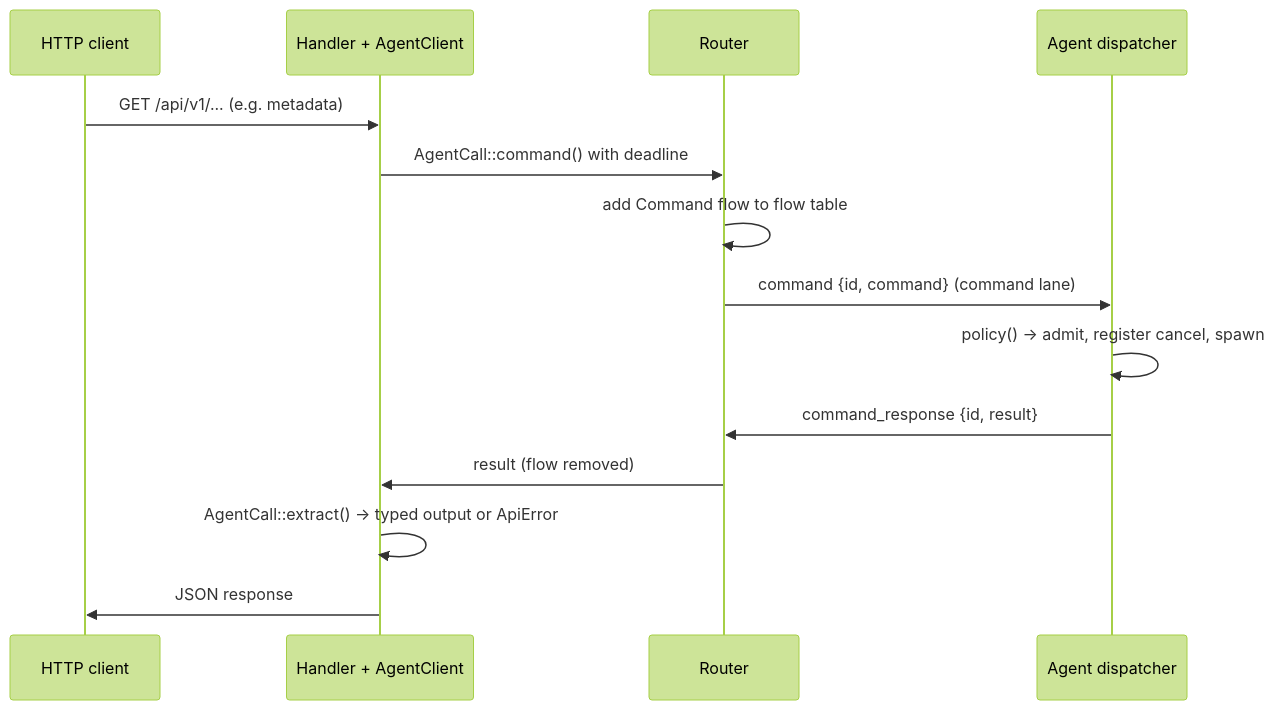
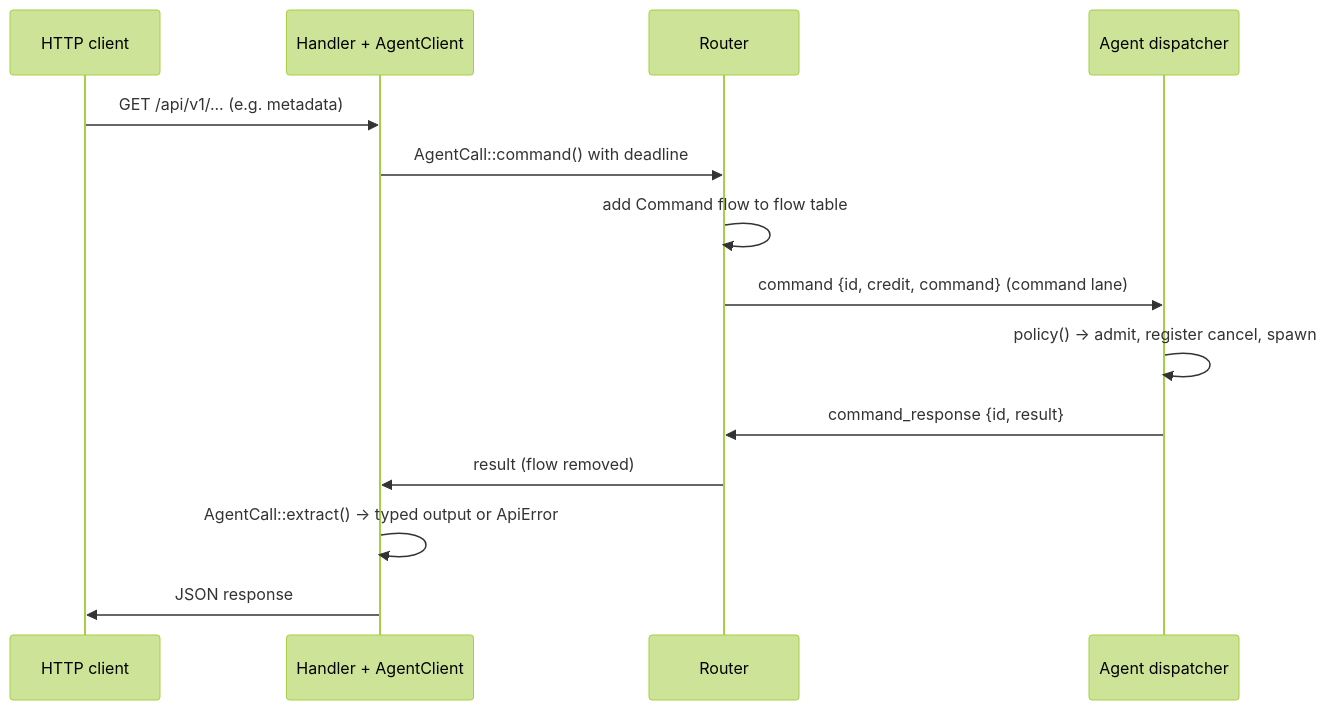
One commit to FruitieX/redoor changed the sixth of 10 diagrams in ARCHITECTURE.md. Above: the diagram before and after it, drawn with Mermaid (forest theme). The commit also changed other lines of this file, not shown here.

````diff
--- a/ARCHITECTURE.md
+++ b/ARCHITECTURE.md
@@ -372,17 +379,17 @@
 ```mermaid
 sequenceDiagram
     participant C as HTTP client
     participant H as Handler + AgentClient
     participant R as Router
     participant A as Agent dispatcher
 
     C->>H: GET /api/v1/... (e.g. metadata)
     H->>R: AgentCall::command() with deadline
     R->>R: add Command flow to flow table
-    R->>A: command {id, command} (command lane)
+    R->>A: command {id, credit, command} (command lane)
     A->>A: policy() → admit, register cancel, spawn
     A->>R: command_response {id, result}
     R->>H: result (flow removed)
     H->>H: AgentCall::extract() → typed output or ApiError
     H->>C: JSON response
 ```
````
